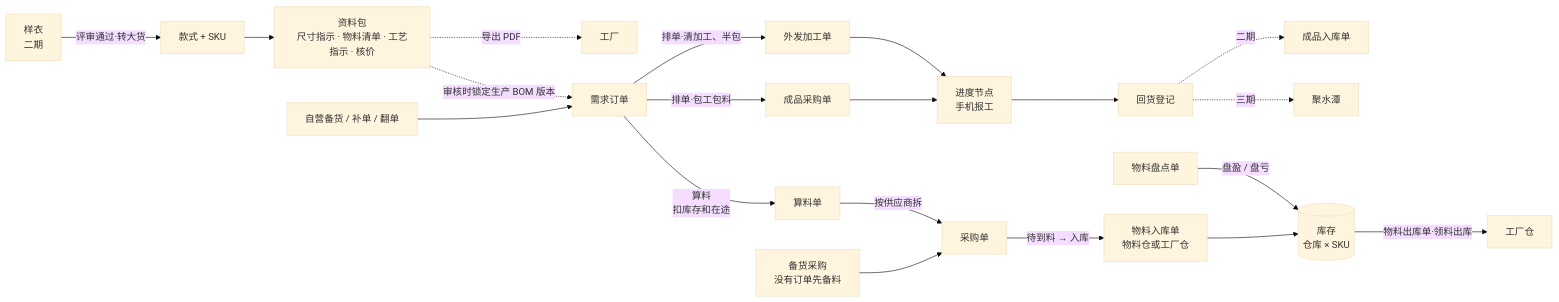
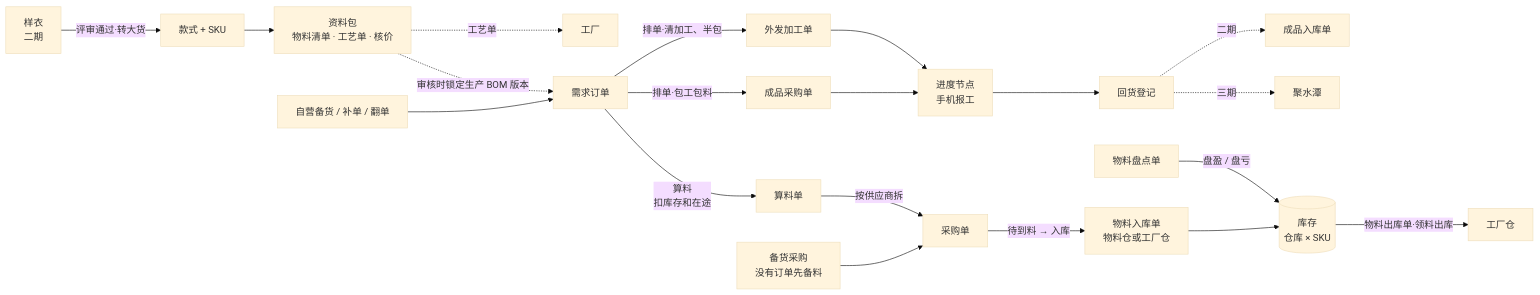
The first of 3 diagrams in docs/PRD.md (xiaoliangao/lingmao), drawn with Mermaid (base theme) before and after one commit. The commit also changed other lines of this file and 3 other files, not shown here.

````diff
--- a/docs/PRD.md
+++ b/docs/PRD.md
@@ -379,22 +380,22 @@
 ```mermaid
 flowchart LR
   S[样衣<br/>二期] -->|评审通过·转大货| ST[款式 + SKU]
-  ST --> TP[资料包<br/>尺寸指示 · 物料清单 · 工艺指示 · 核价]
-  TP -.导出 PDF.-> FAC[工厂]
+  ST --> TP[资料包<br/>物料清单 · 工艺单 · 核价]
+  TP -.工艺单.-> FAC[工厂]
   C[自营备货 / 补单 / 翻单] --> O[需求订单]
   TP -.审核时锁定生产 BOM 版本.-> O
   O -->|排单·清加工、半包| P[外发加工单]
   O -->|排单·包工包料| CP[成品采购单]
   O -->|算料<br/>扣库存和在途| M[算料单]
   M -->|按供应商拆| PO[采购单]
   BH[备货采购<br/>没有订单先备料] --> PO
   PO -->|待到料 → 入库| IN[物料入库单<br/>物料仓或工厂仓]
   IN --> INV[(库存<br/>仓库 × SKU)]
   PD[物料盘点单] -->|盘盈 / 盘亏| INV
   INV -->|物料出库单·领料出库| FW[工厂仓]
   P --> N[进度节点<br/>手机报工]
   CP --> N
   N --> R[回货登记]
   R -.二期.-> FG[成品入库单]
   R -.三期.-> JST[聚水潭]
 ```
````
